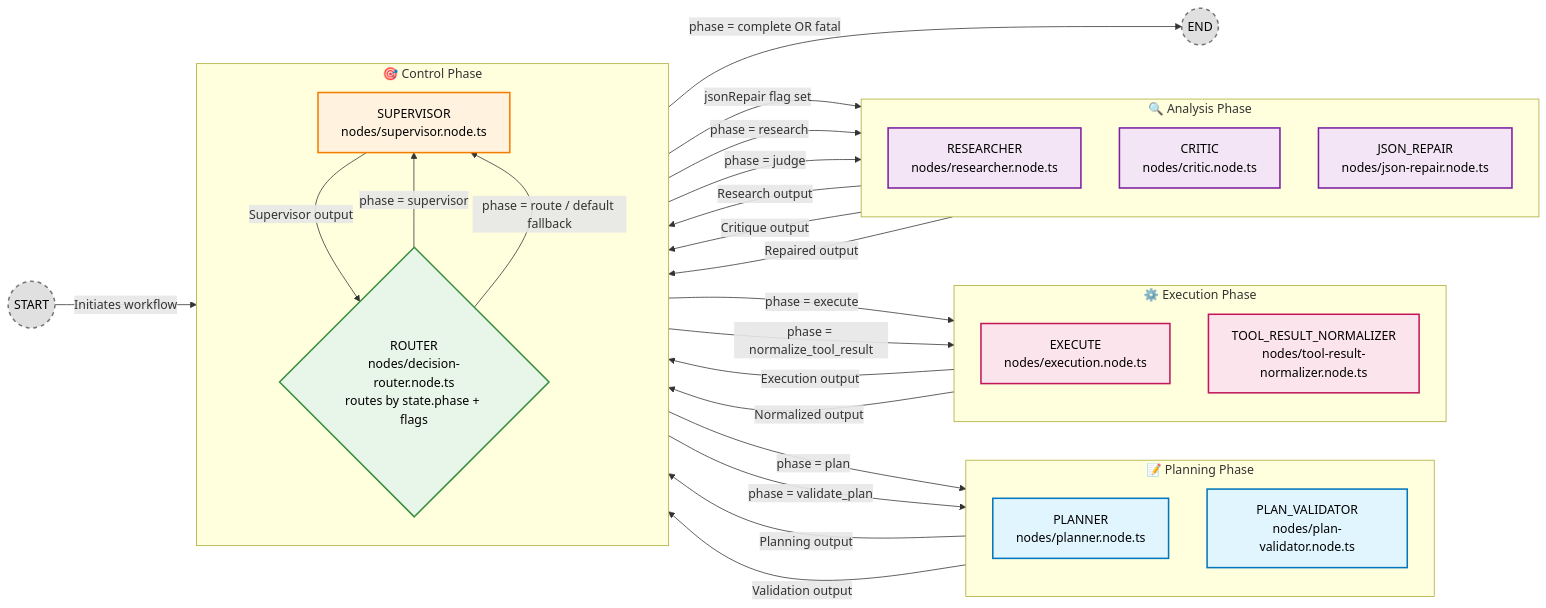
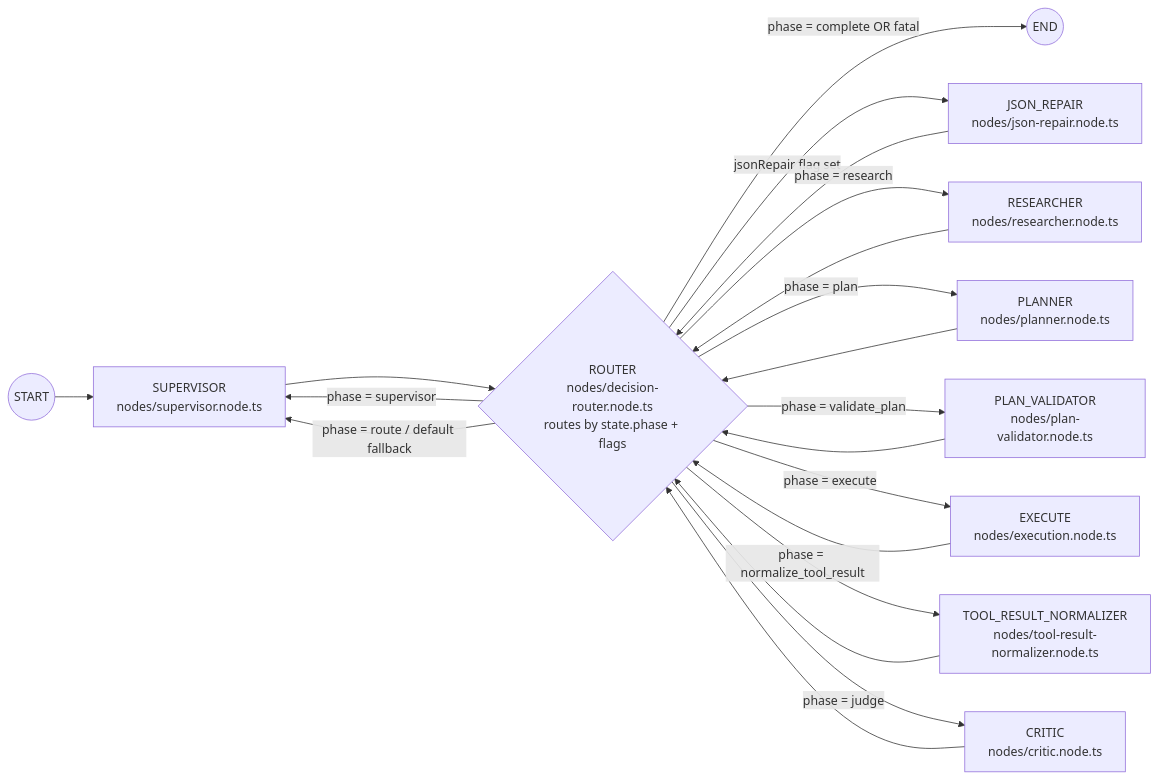
Before and after one commit to matanew1/nest-langgraph-ai: the diagram in diagram/agent-graph.mmd, drawn with Mermaid. The commit also changed 40 other files, not shown here.

Commit message:
`feat: update agent graph and related code to support new features and edge cases`

```diff
--- a/diagram/agent-graph.mmd
+++ b/diagram/agent-graph.mmd
@@ -1,69 +1,42 @@
 flowchart LR
   %% Mirrors src/modules/agents/graph/agent.graph.ts (router-centric, phase-driven)
 
   START((START))
   END((END))
 
-  subgraph Planning["📝 Planning Phase"]
-    direction TB
-    PLANNER[PLANNER\nnodes/planner.node.ts]
-    PLAN_VALIDATOR[PLAN_VALIDATOR\nnodes/plan-validator.node.ts]
-  end
+  SUPERVISOR[SUPERVISOR\nnodes/supervisor.node.ts]
+  RESEARCHER[RESEARCHER\nnodes/researcher.node.ts]
+  PLANNER[PLANNER\nnodes/planner.node.ts]
+  PLAN_VALIDATOR[PLAN_VALIDATOR\nnodes/plan-validator.node.ts]
+  EXECUTE[EXECUTE\nnodes/execution.node.ts]
+  TOOL_RESULT_NORMALIZER[TOOL_RESULT_NORMALIZER\nnodes/tool-result-normalizer.node.ts]
+  CRITIC[CRITIC\nnodes/critic.node.ts]
+  JSON_REPAIR[JSON_REPAIR\nnodes/json-repair.node.ts]
 
-  subgraph Execution["⚙️ Execution Phase"]
-    direction TB
-    EXECUTE[EXECUTE\nnodes/execution.node.ts]
-    TOOL_RESULT_NORMALIZER[TOOL_RESULT_NORMALIZER\nnodes/tool-result-normalizer.node.ts]
-  end
-
-  subgraph Analysis["🔍 Analysis Phase"]
-    direction TB
-    RESEARCHER[RESEARCHER\nnodes/researcher.node.ts]
-    CRITIC[CRITIC\nnodes/critic.node.ts]
-    JSON_REPAIR[JSON_REPAIR\nnodes/json-repair.node.ts]
-  end
-
-  subgraph Control["🎯 Control Phase"]
-    direction TB
-    SUPERVISOR[SUPERVISOR\nnodes/supervisor.node.ts]
-    ROUTER{ROUTER\nnodes/decision-router.node.ts\nroutes by state.phase + flags}
-  end
-
-  %% Node styling
-  classDef planner fill:#e1f5fe,stroke:#0277bd,stroke-width:2px,color:#000
-  classDef supervisor fill:#fff3e0,stroke:#f57c00,stroke-width:2px,color:#000
-  classDef router fill:#e8f5e9,stroke:#388e3c,stroke-width:2px,color:#000
-  classDef execution fill:#fce4ec,stroke:#c2185b,stroke-width:2px,color:#000
-  classDef analysis fill:#f3e5f5,stroke:#7b1fa2,stroke-width:2px,color:#000
-  classDef startEnd fill:#e0e0e0,stroke:#757575,stroke-width:2px,color:#000,stroke-dasharray: 5 5
-  classDef conditionalEdge stroke:#ff9800,stroke-width:2px,stroke-dasharray: 5 5
-
-  class PLANNER,PLAN_VALIDATOR planner
-  class SUPERVISOR supervisor
-  class ROUTER router
-  class EXECUTE,TOOL_RESULT_NORMALIZER execution
-  class RESEARCHER,CRITIC,JSON_REPAIR analysis
-  class START,END startEnd
+  ROUTER{ROUTER\nnodes/decision-router.node.ts\nroutes by state.phase + flags}
 
   %% Fixed edges (every node returns to ROUTER)
-  START -->|Initiates workflow| SUPERVISOR
-  SUPERVISOR -->|Supervisor output| ROUTER
-  PLANNER -->|Planning output| ROUTER
-  PLAN_VALIDATOR -->|Validation output| ROUTER
-  EXECUTE -->|Execution output| ROUTER
-  TOOL_RESULT_NORMALIZER -->|Normalized output| ROUTER
-  RESEARCHER -->|Research output| ROUTER
-  CRITIC -->|Critique output| ROUTER
-  JSON_REPAIR -->|Repaired output| ROUTER
+  START --> SUPERVISOR
+  SUPERVISOR --> ROUTER
+  RESEARCHER --> ROUTER
+  PLANNER --> ROUTER
+  PLAN_VALIDATOR --> ROUTER
+  EXECUTE --> ROUTER
+  TOOL_RESULT_NORMALIZER --> ROUTER
+  CRITIC --> ROUTER
+  JSON_REPAIR --> ROUTER
 
   %% Conditional edges from ROUTER
   ROUTER -->|phase = complete OR fatal| END
   ROUTER -->|jsonRepair flag set| JSON_REPAIR
+
   ROUTER -->|phase = supervisor| SUPERVISOR
   ROUTER -->|phase = research| RESEARCHER
   ROUTER -->|phase = plan| PLANNER
   ROUTER -->|phase = validate_plan| PLAN_VALIDATOR
   ROUTER -->|phase = execute| EXECUTE
   ROUTER -->|phase = normalize_tool_result| TOOL_RESULT_NORMALIZER
   ROUTER -->|phase = judge| CRITIC
+
+  %% Fallback (when phase is route/unknown and no other condition matched)
   ROUTER -->|phase = route / default fallback| SUPERVISOR
```
